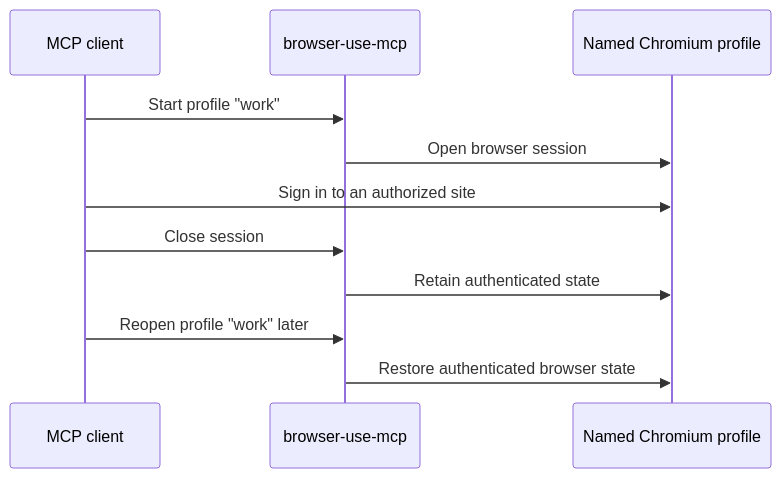
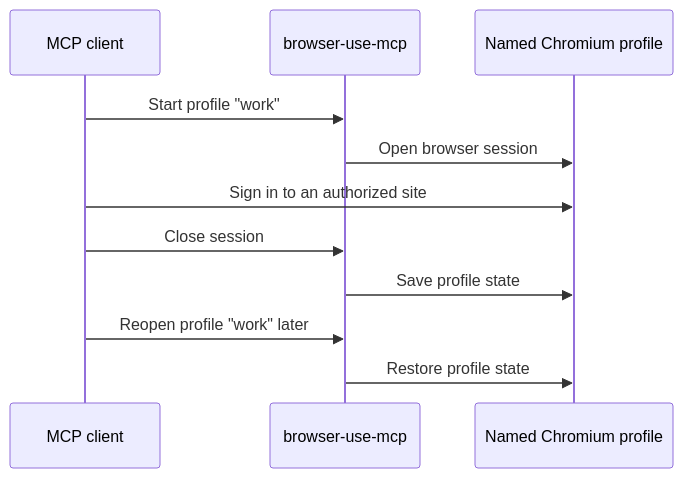
One commit to s-block/browser-use-mcp changed the diagram in README.md. Above: the diagram before and after it, drawn with Mermaid. The commit also changed other lines of this file and 4 other files, not shown here.

````diff
--- a/README.md
+++ b/README.md
@@ -19,13 +145,13 @@
 ```mermaid
 sequenceDiagram
     participant Client as MCP client
     participant Server as browser-use-mcp
     participant Profile as Named Chromium profile
     Client->>Server: Start profile "work"
     Server->>Profile: Open browser session
     Client->>Profile: Sign in to an authorized site
     Client->>Server: Close session
-    Server->>Profile: Retain authenticated state
+    Server->>Profile: Save profile state
     Client->>Server: Reopen profile "work" later
-    Server->>Profile: Restore authenticated browser state
+    Server->>Profile: Restore profile state
 ```
````
